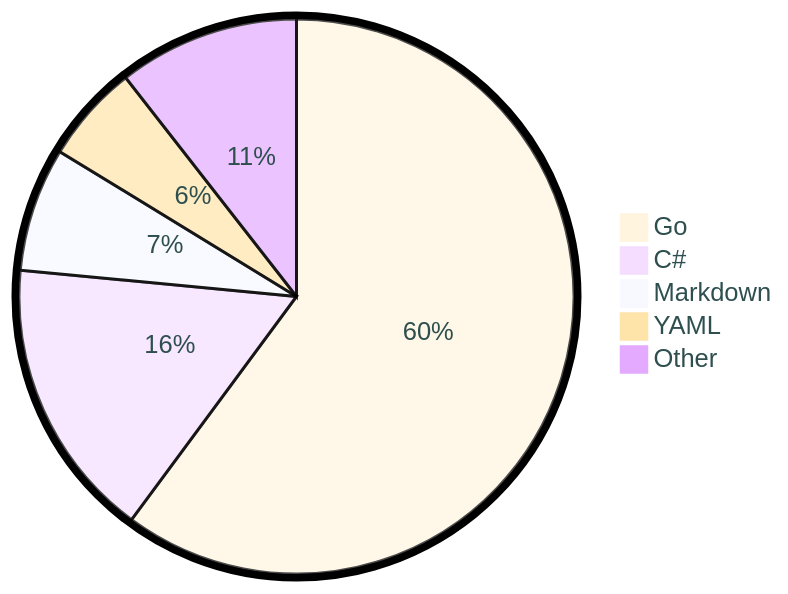
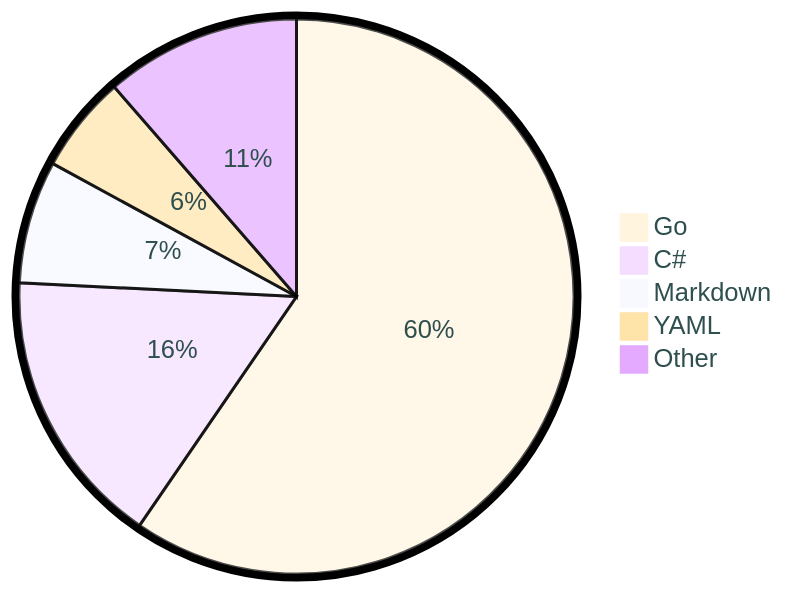
The diagram in README.md (tot0p/tot0p), drawn with Mermaid before and after one commit. The commit also changed other lines of this file, not shown here.

````diff
--- a/README.md
+++ b/README.md
@@ -82,9 +83,9 @@
 ```mermaid
 %%{init: {"pie": {"textPosition": 0.5}, "themeVariables": {"pieOuterStrokeWidth": "5px","primaryTextColor" : "#2F4F4F"},"theme":"base"} }%%
 pie
-	"Go": 60.13
-	"C#": 16.38
-	"Markdown": 7.23
-	"YAML": 5.71
-	"Other": 10.549999999999999
+	"Go": 59.56
+	"C#": 16.22
+	"Markdown": 7.16
+	"YAML": 5.66
+	"Other": 11.39
 ```
````
